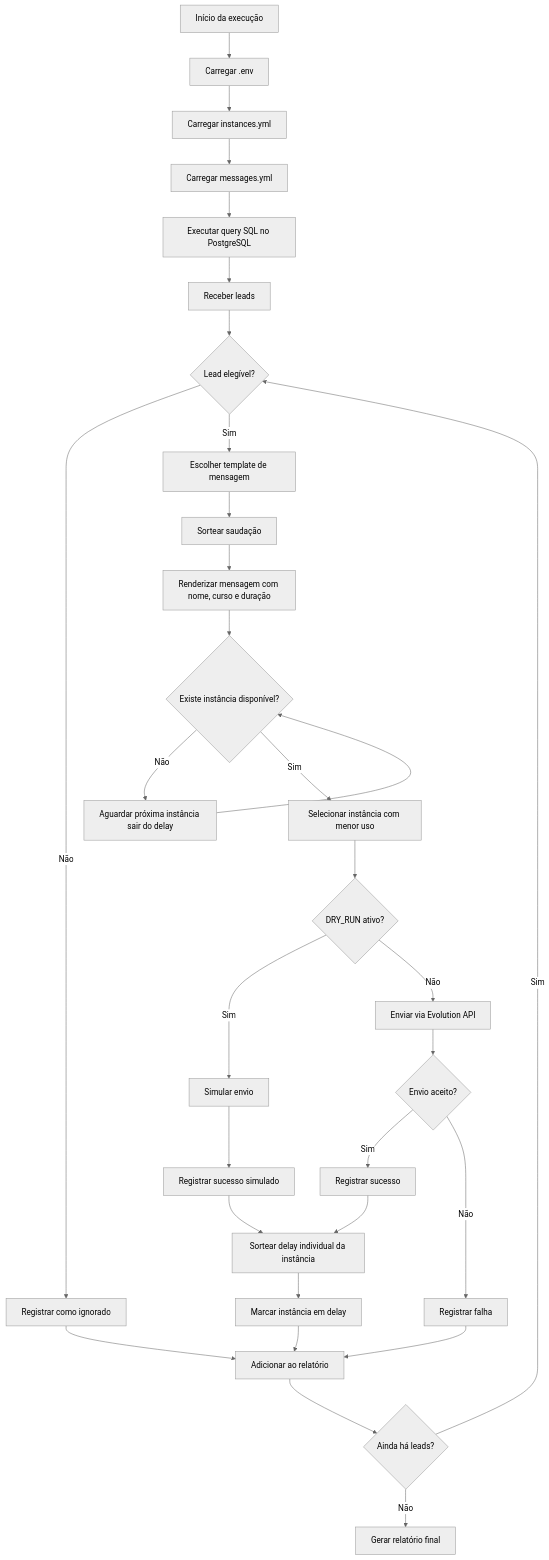
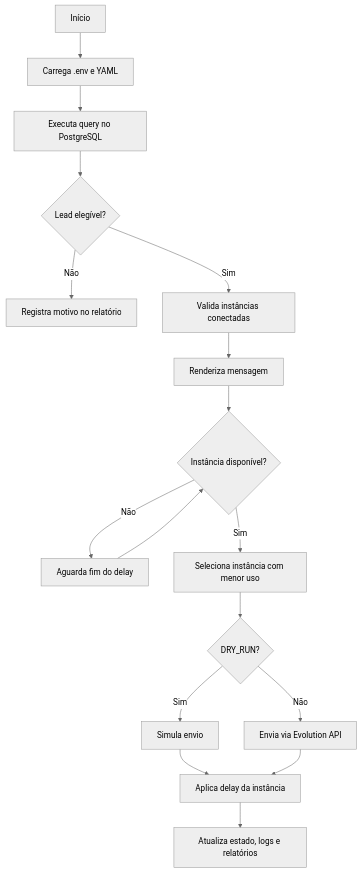
The diagram in README.md (Anotther/postgres-lead-whatsapp-dispatcher), drawn with Mermaid (neutral theme) before and after one commit. The commit also changed other lines of this file and 3 other files, not shown here.

````diff
--- a/README.md
+++ b/README.md
@@ -73,43 +54,19 @@
 ```mermaid
 flowchart TD
-    A[Início da execução] --> B[Carregar .env]
-    B --> C[Carregar instances.yml]
-    C --> D[Carregar messages.yml]
-    D --> E[Executar query SQL no PostgreSQL]
-    E --> F[Receber leads]
-    F --> G{Lead elegível?}
-
-    G -- Não --> H[Registrar como ignorado]
-    H --> R[Adicionar ao relatório]
-
-    G -- Sim --> I[Escolher template de mensagem]
-    I --> J[Sortear saudação]
-    J --> K[Renderizar mensagem com nome, curso e duração]
-    K --> L{Existe instância disponível?}
-
-    L -- Não --> M[Aguardar próxima instância sair do delay]
-    M --> L
-
-    L -- Sim --> N[Selecionar instância com menor uso]
-    N --> O{DRY_RUN ativo?}
-
-    O -- Sim --> P[Simular envio]
-    O -- Não --> Q[Enviar via Evolution API]
-
-    P --> S[Registrar sucesso simulado]
-    Q --> T{Envio aceito?}
-
-    T -- Sim --> U[Registrar sucesso]
-    T -- Não --> V[Registrar falha]
-
-    S --> W[Sortear delay individual da instância]
-    U --> W
-    V --> R
-
-    W --> X[Marcar instância em delay]
-    X --> R
-    R --> Y{Ainda há leads?}
-
-    Y -- Sim --> G
-    Y -- Não --> Z[Gerar relatório final]
+    A[Início] --> B[Carrega .env e YAML]
+    B --> C[Executa query no PostgreSQL]
+    C --> D{Lead elegível?}
+    D -- Não --> E[Registra motivo no relatório]
+    D -- Sim --> F[Valida instâncias conectadas]
+    F --> G[Renderiza mensagem]
+    G --> H{Instância disponível?}
+    H -- Não --> I[Aguarda fim do delay]
+    I --> H
+    H -- Sim --> J[Seleciona instância com menor uso]
+    J --> K{DRY_RUN?}
+    K -- Sim --> L[Simula envio]
+    K -- Não --> M[Envia via Evolution API]
+    L --> N[Aplica delay da instância]
+    M --> N
+    N --> O[Atualiza estado, logs e relatórios]
 ```
````
